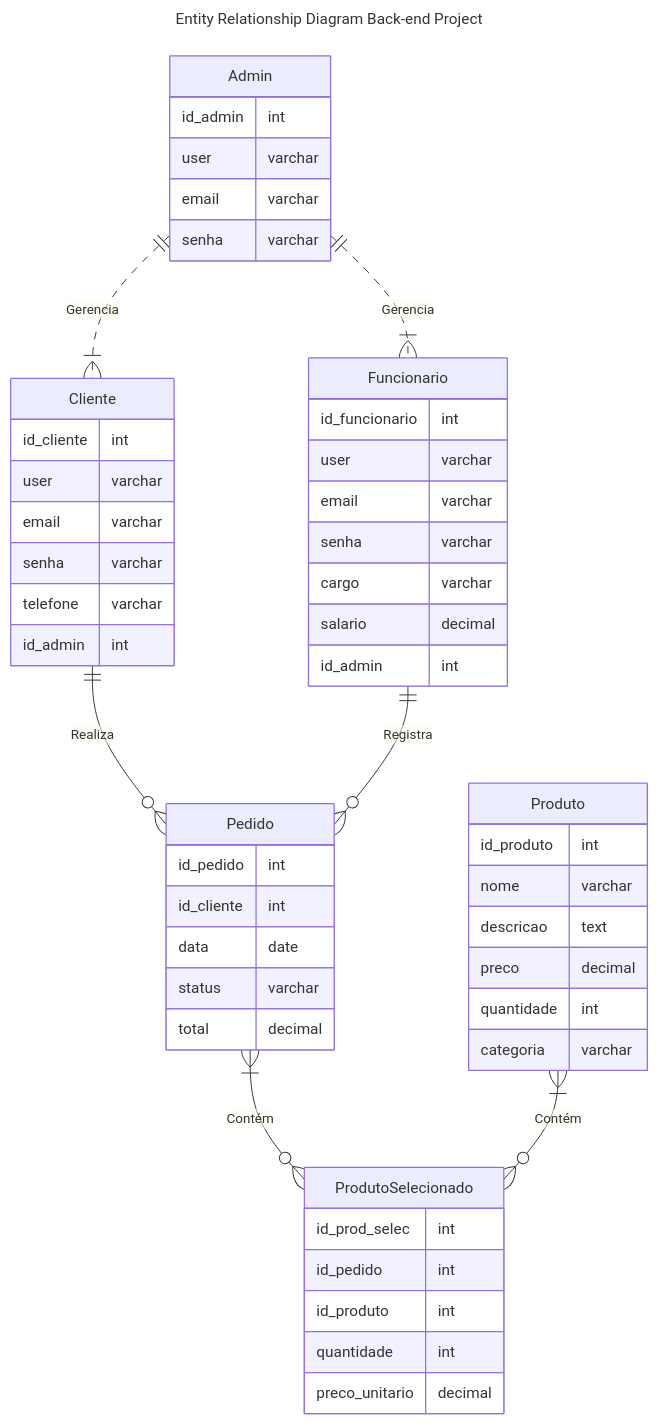
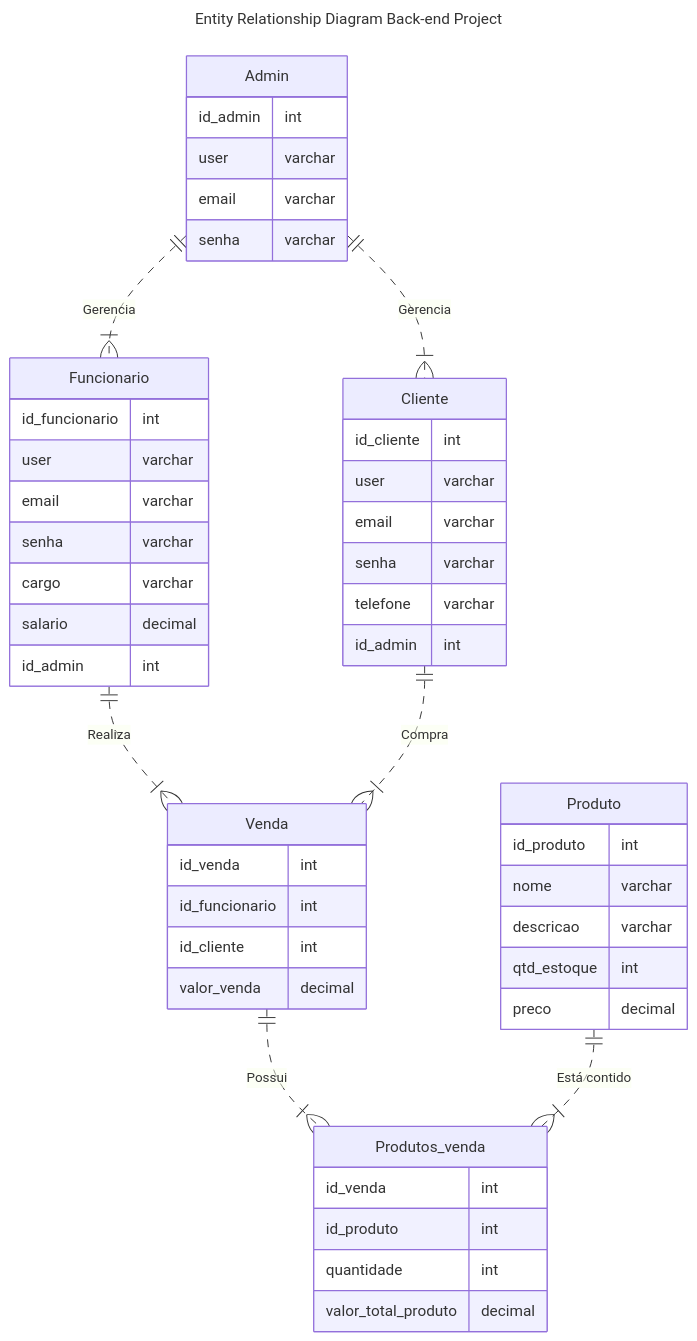
Before and after one commit to Serg-Ale/projeto-backend: the diagram in diagrams/DER.mmd, drawn with Mermaid. The commit also changed other lines of this file, not shown here.

Commit message:
Refatoração do DER

```diff
--- a/diagrams/DER.mmd
+++ b/diagrams/DER.mmd
@@ -1,61 +1,59 @@
 ---
 title: Entity Relationship Diagram Back-end Project
 ---
 erDiagram
     Cliente {
       id_cliente int
       user varchar
       email varchar
       senha varchar
       telefone varchar
       id_admin int
     }
 
     Funcionario {
       id_funcionario int
       user varchar
       email varchar
       senha varchar
       cargo varchar
       salario decimal
       id_admin int
     }
 
+    Venda {
+      id_venda int
+      id_funcionario int
+      id_cliente int
+      valor_venda decimal
+    }
+
     Admin {
       id_admin int
       user varchar
       email varchar
       senha varchar
     }
 
     Produto {
       id_produto int
-      nome varchar
-      descricao text
-      preco decimal
-      quantidade int
-      categoria varchar
+      nome varchar 
+      descricao varchar
+      qtd_estoque int
+      preco decimal 
     }
 
-    Pedido {
-      id_pedido int
-      id_cliente int
-      data date
-      status varchar
-      total decimal
+
+    Produtos_venda{
+      id_venda int
+      id_produto int
+      quantidade int
+      valor_total_produto decimal
     }
 
-    ProdutoSelecionado {
-      id_prod_selec int
-      id_pedido int
-      id_produto int
-      quantidade int
-      preco_unitario decimal
-    }
-
-    Cliente ||--o{ Pedido : "Realiza"
-    Funcionario ||--o{ Pedido : "Registra"
-    Pedido }|--o{ ProdutoSelecionado : "Contém"
-    Produto }|--o{ ProdutoSelecionado : "Contém"
     Admin ||..|{ Funcionario : "Gerencia"
     Admin ||..|{ Cliente : "Gerencia"
+    Funcionario ||..|{ Venda: "Realiza"
+    Cliente||..|{ Venda: "Compra"
+    Venda||..|{ Produtos_venda: "Possui"
+    Produto||..|{ Produtos_venda: "Está contido"
```
